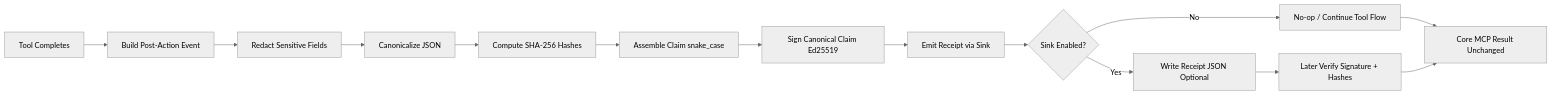
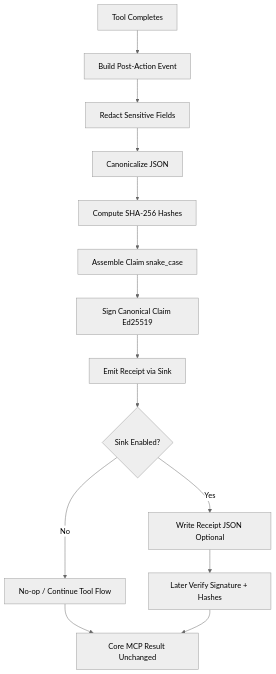
The first of 3 diagrams in provenance-addon/README.md (markusvankempen/code-engine-mcp-server), drawn with Mermaid (neutral theme) before and after one commit. The commit also changed other lines of this file and 20 other files, not shown here.

````diff
--- a/provenance-addon/README.md
+++ b/provenance-addon/README.md
@@ -84,16 +198,16 @@
 ```mermaid
-flowchart LR
+flowchart TD
   A[Tool Completes] --> B[Build Post-Action Event]
   B --> C[Redact Sensitive Fields]
   C --> D[Canonicalize JSON]
   D --> E[Compute SHA-256 Hashes]
   E --> F[Assemble Claim snake_case]
   F --> G[Sign Canonical Claim Ed25519]
   G --> H[Emit Receipt via Sink]
   H --> I{Sink Enabled?}
   I -- No --> J[No-op / Continue Tool Flow]
   I -- Yes --> K[Write Receipt JSON Optional]
   K --> L[Later Verify Signature + Hashes]
   J --> M[Core MCP Result Unchanged]
   L --> M
 ```
````
